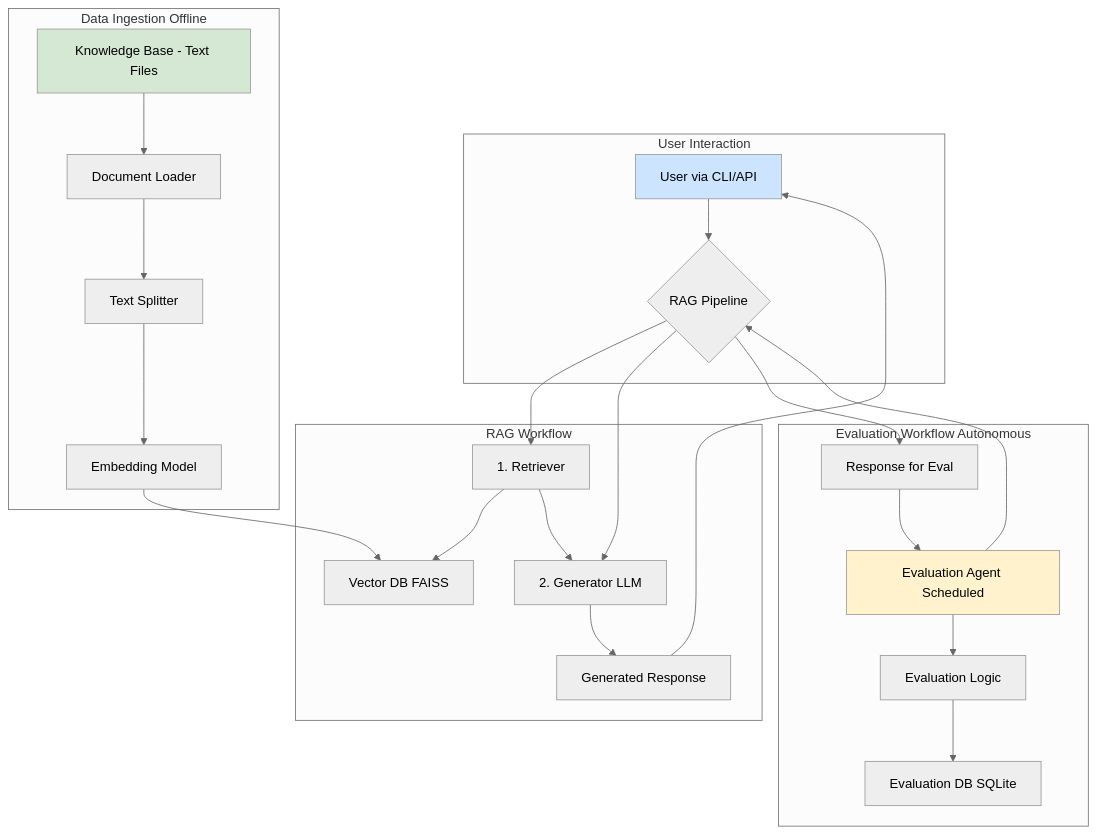
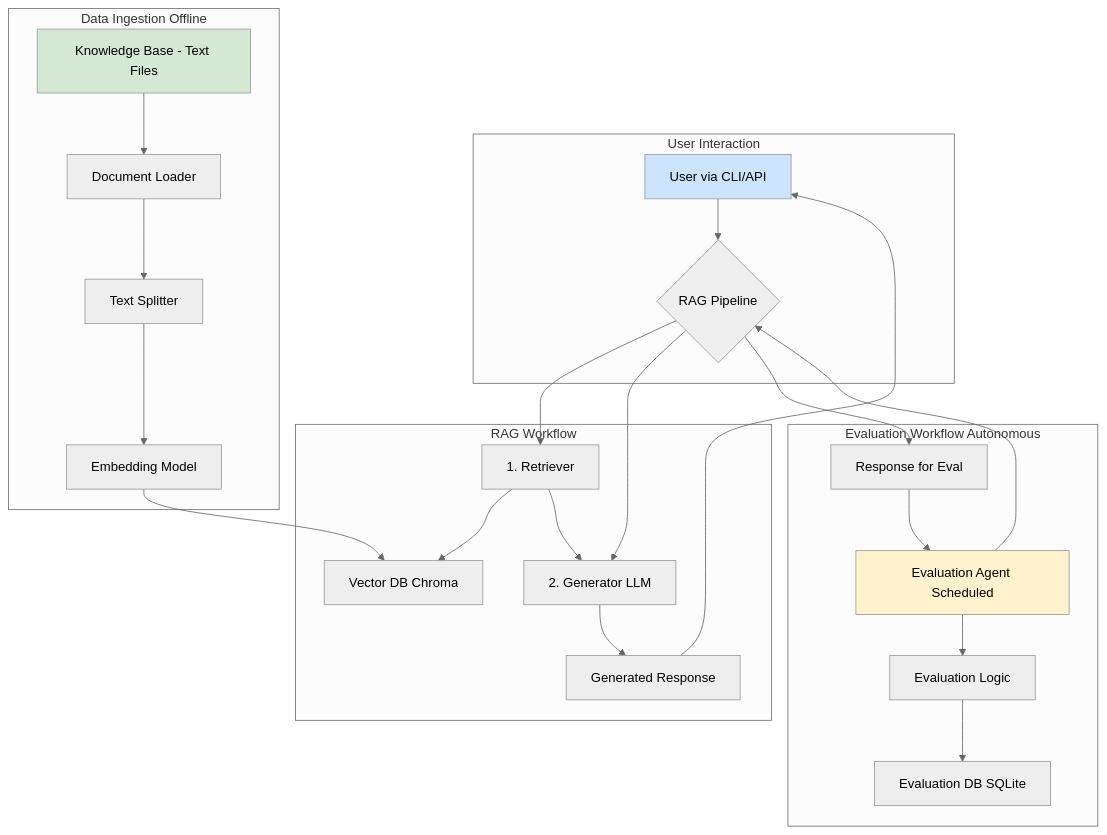
The diagram in src/ai_portfolio/project_1_rag_system/docs/ARCHITECTURE.md (rfroyer/ai-portfolio), drawn with Mermaid (neutral theme) before and after one commit. The commit also changed other lines of this file and 4 other files, not shown here.

First line of the commit message:
Update all documentation: Replace FAISS with Chroma vector database

````diff
--- a/src/ai_portfolio/project_1_rag_system/docs/ARCHITECTURE.md
+++ b/src/ai_portfolio/project_1_rag_system/docs/ARCHITECTURE.md
@@ -29,34 +30,34 @@
 ```mermaid
 graph TD
     subgraph "User Interaction"
         A[User via CLI/API] --> B{RAG Pipeline};
     end
 
     subgraph "RAG Workflow"
         B --> C["1. Retriever"];
-        C --> D["Vector DB FAISS"];
+        C --> D["Vector DB Chroma"];
         B --> E["2. Generator LLM"];
         C --> E;
         E --> F["Generated Response"];
         F --> A;
     end
 
     subgraph "Data Ingestion Offline"
         G["Knowledge Base - Text Files"] --> H["Document Loader"];
         H --> I["Text Splitter"];
         I --> J["Embedding Model"];
         J --> D;
     end
 
     subgraph "Evaluation Workflow Autonomous"
         K["Evaluation Agent Scheduled"] --> B;
         B --> L["Response for Eval"];
         L --> K;
         K --> M["Evaluation Logic"];
         M --> N["Evaluation DB SQLite"];
     end
 
     style A fill:#cde4ff
     style G fill:#d5e8d4
     style K fill:#fff2cc
 ```
````
